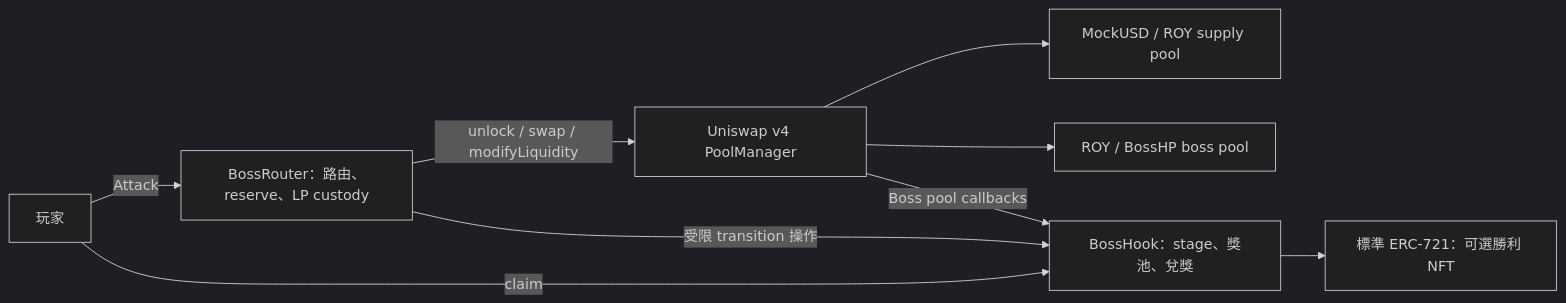
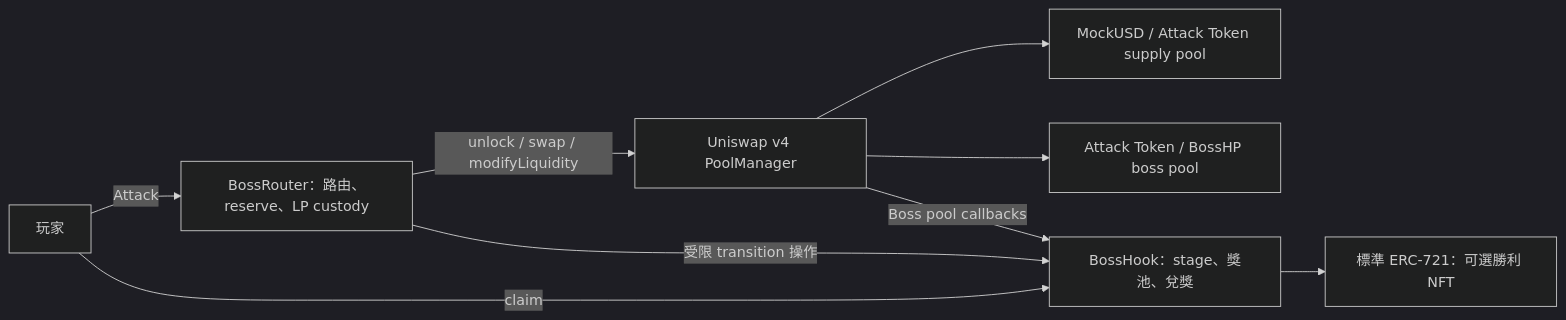
The second of 4 diagrams in docs/contract-game-diagrams.md (0xroylee/eth-global-2026-tokyo), drawn with Mermaid (dark theme) before and after one commit. The commit also changed other lines of this file and 31 other files, not shown here.

Commit message:
docs: define live battle integration and Attack Token naming

````diff
--- a/docs/contract-game-diagrams.md
+++ b/docs/contract-game-diagrams.md
@@ -27,11 +27,11 @@
 ```mermaid
 flowchart LR
     W["玩家"] -->|Attack| R["BossRouter：路由、reserve、LP custody"]
     R -->|unlock / swap / modifyLiquidity| PM["Uniswap v4 PoolManager"]
-    PM --> S["MockUSD / ROY supply pool"]
-    PM --> B["ROY / BossHP boss pool"]
+    PM --> S["MockUSD / Attack Token supply pool"]
+    PM --> B["Attack Token / BossHP boss pool"]
     PM -->|Boss pool callbacks| H["BossHook：stage、獎池、兌獎"]
     R -->|受限 transition 操作| H
     W -->|claim| H
     H --> C["標準 ERC-721：可選勝利 NFT"]
 ```
````
